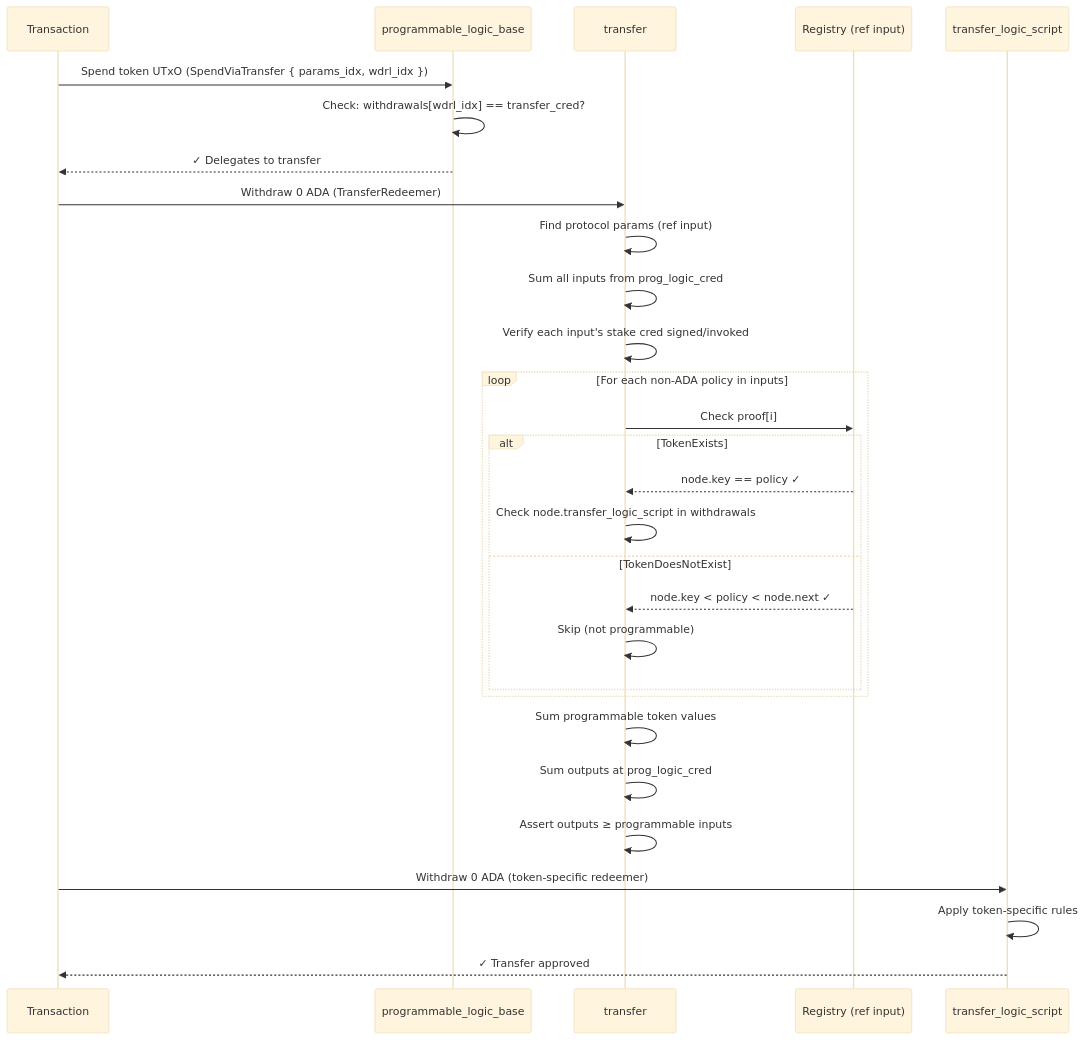
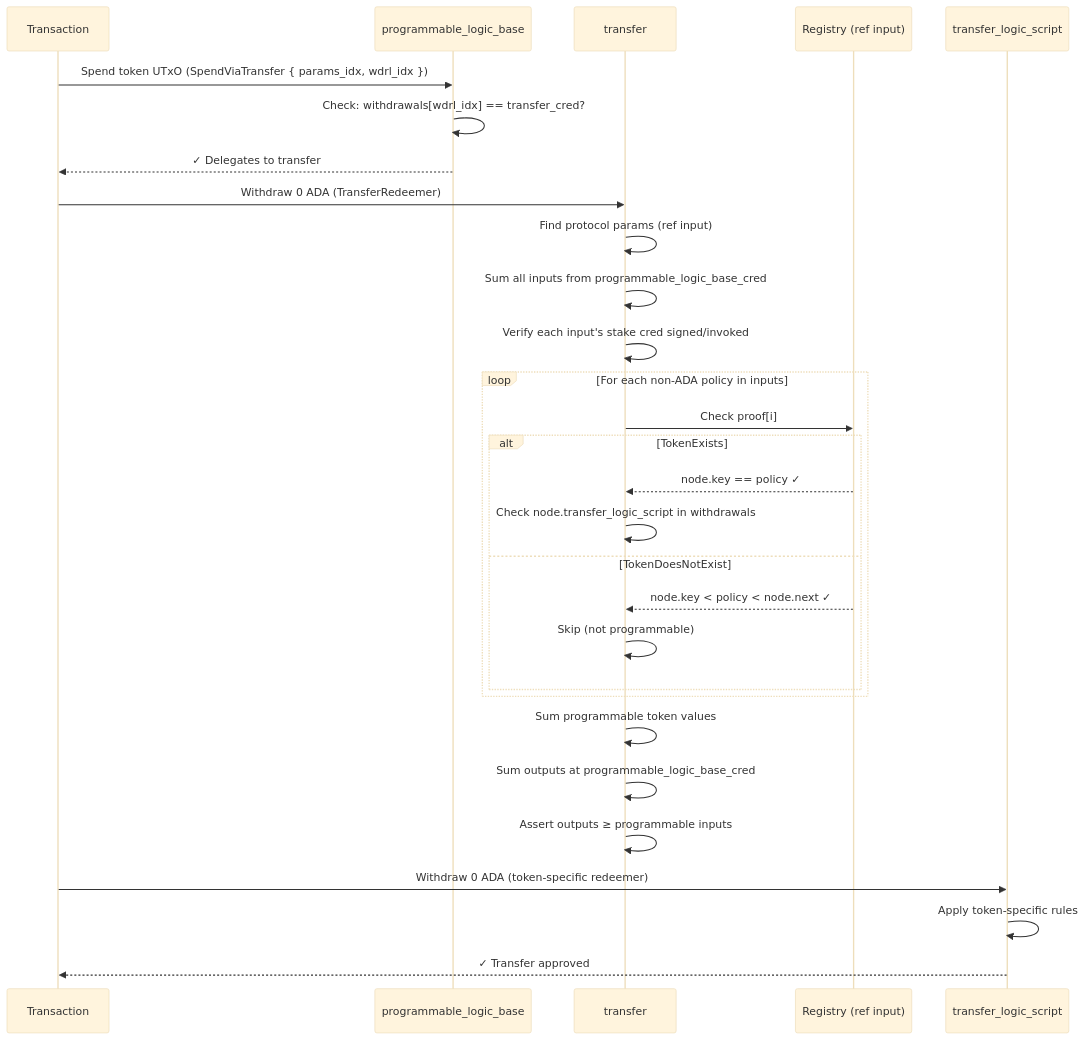
Before and after one commit to cardano-foundation/cip113-programmable-tokens: the third of 3 diagrams in documentation/02-ARCHITECTURE.md, drawn with Mermaid (base theme). The commit also changed other lines of this file and 54 other files, not shown here.

````diff
--- a/documentation/02-ARCHITECTURE.md
+++ b/documentation/02-ARCHITECTURE.md
@@ -470,36 +470,36 @@
 ```mermaid
 sequenceDiagram
     participant TX as Transaction
     participant PLB as programmable_logic_base
     participant TR as transfer
     participant REG as Registry (ref input)
     participant TL as transfer_logic_script
 
     TX->>PLB: Spend token UTxO (SpendViaTransfer { params_idx, wdrl_idx })
     PLB->>PLB: Check: withdrawals[wdrl_idx] == transfer_cred?
     PLB-->>TX: ✓ Delegates to transfer
 
     TX->>TR: Withdraw 0 ADA (TransferRedeemer)
     TR->>TR: Find protocol params (ref input)
-    TR->>TR: Sum all inputs from prog_logic_cred
+    TR->>TR: Sum all inputs from programmable_logic_base_cred
     TR->>TR: Verify each input's stake cred signed/invoked
 
     loop For each non-ADA policy in inputs
         TR->>REG: Check proof[i]
         alt TokenExists
             REG-->>TR: node.key == policy ✓
             TR->>TR: Check node.transfer_logic_script in withdrawals
         else TokenDoesNotExist
             REG-->>TR: node.key < policy < node.next ✓
             TR->>TR: Skip (not programmable)
         end
     end
 
     TR->>TR: Sum programmable token values
-    TR->>TR: Sum outputs at prog_logic_cred
+    TR->>TR: Sum outputs at programmable_logic_base_cred
     TR->>TR: Assert outputs ≥ programmable inputs
 
     TX->>TL: Withdraw 0 ADA (token-specific redeemer)
     TL->>TL: Apply token-specific rules
     TL-->>TX: ✓ Transfer approved
 ```
````
